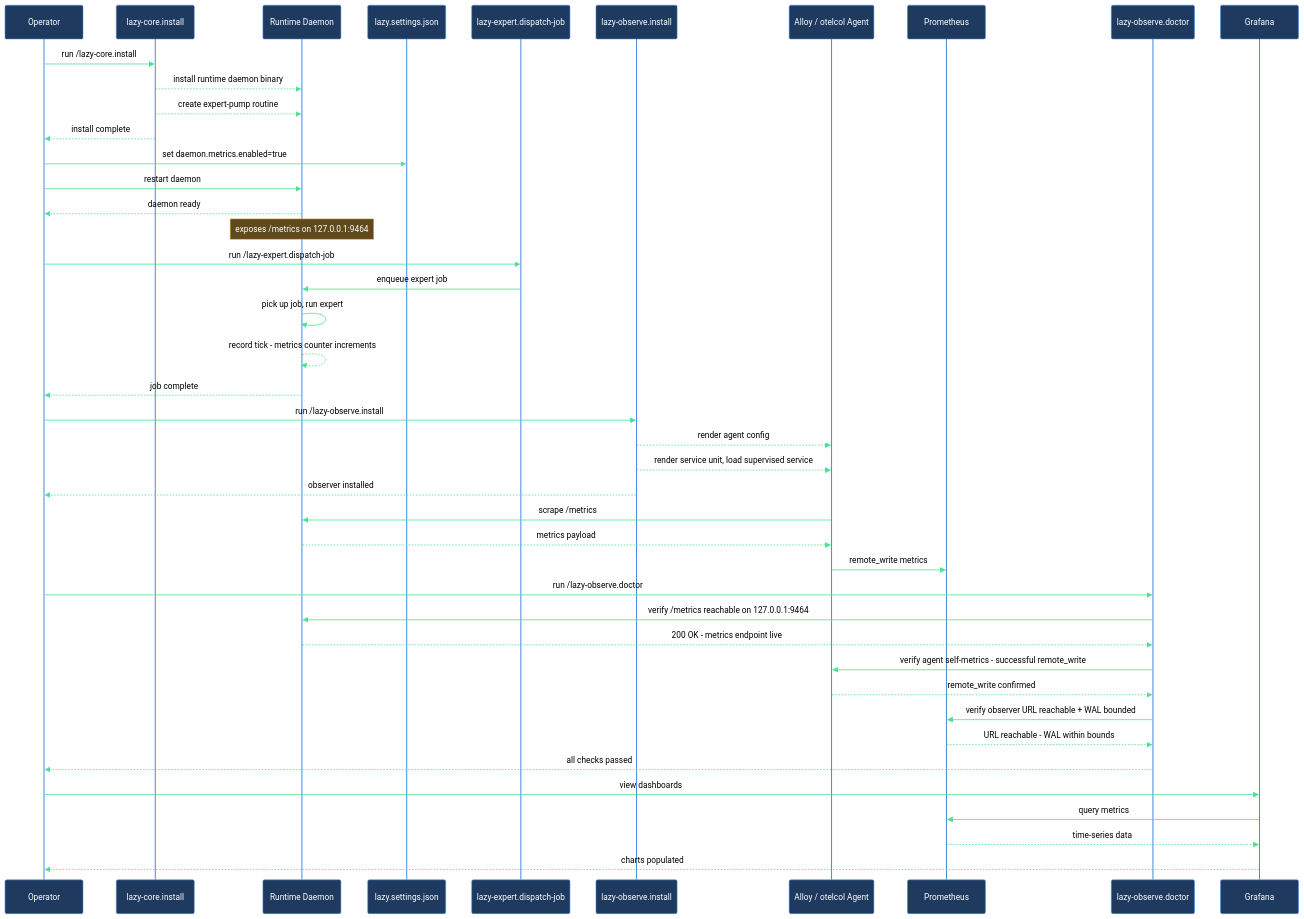
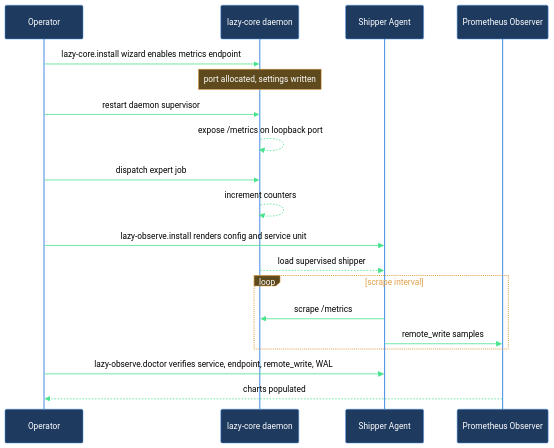
Before and after one commit to mebius-san/lazy-cortex: the diagram in claude/lazycortex-observe/help/walkthroughs/ship-metrics-end-to-end.md, drawn with Mermaid. The commit also changed other lines of this file and 65 other files, not shown here.

First line of the commit message:
release core 5.12.0, observe 0.4.0, specs 3.1.0, experts 0.6.0

````diff
--- a/claude/lazycortex-observe/help/walkthroughs/ship-metrics-end-to-end.md
+++ b/claude/lazycortex-observe/help/walkthroughs/ship-metrics-end-to-end.md
@@ -93,53 +79,23 @@
 ```mermaid
 %%{init: {'themeVariables':{'background':'transparent','primaryColor':'#1e3a5f','primaryBorderColor':'#4a90e2','primaryTextColor':'#fff','lineColor':'#4ae290','actorBkg':'#1e3a5f','actorBorder':'#4a90e2','actorTextColor':'#fff','actorLineColor':'#4a90e2','signalColor':'#4ae290','signalTextColor':'#000','noteBkgColor':'#5f4a1e','noteBorderColor':'#e2a14a','noteTextColor':'#fff','labelBoxBkgColor':'#5f4a1e','labelBoxBorderColor':'#e2a14a','labelTextColor':'#fff','loopTextColor':'#e2a14a'},'sequence':{'diagramPadding':5,'useMaxWidth':true}}}%%
 sequenceDiagram
-  participant op as Operator
-  participant install as lazy-core.install
-  participant daemon as Runtime Daemon
-  participant settings as lazy.settings.json
-  participant expertDispatch as lazy-expert.dispatch-job
-  participant observeInstall as lazy-observe.install
-  participant agent as Alloy / otelcol Agent
-  participant prometheus as Prometheus
-  participant doctor as lazy-observe.doctor
-  participant grafana as Grafana
+  participant operator as Operator
+  participant lazyCoreDaemon as lazy-core daemon
+  participant shipperAgent as Shipper Agent
+  participant prometheusObserver as Prometheus Observer
 
-  op->>install: run /lazy-core.install
-  install-->>daemon: install runtime daemon binary
-  install-->>daemon: create expert-pump routine
-  install-->>op: install complete
-
-  op->>settings: set daemon.metrics.enabled=true
-  op->>daemon: restart daemon
-  daemon-->>op: daemon ready
-  Note over daemon: exposes /metrics on 127.0.0.1:9464
-
-  op->>expertDispatch: run /lazy-expert.dispatch-job
-  expertDispatch->>daemon: enqueue expert job
-  daemon->>daemon: pick up job, run expert
-  daemon-->>daemon: record tick - metrics counter increments
-  daemon-->>op: job complete
-
-  op->>observeInstall: run /lazy-observe.install
-  observeInstall-->>agent: render agent config
-  observeInstall-->>agent: render service unit, load supervised service
-  observeInstall-->>op: observer installed
-
-  agent->>daemon: scrape /metrics
-  daemon-->>agent: metrics payload
-  agent->>prometheus: remote_write metrics
-
-  op->>doctor: run /lazy-observe.doctor
-  doctor->>daemon: verify /metrics reachable on 127.0.0.1:9464
-  daemon-->>doctor: 200 OK - metrics endpoint live
-  doctor->>agent: verify agent self-metrics - successful remote_write
-  agent-->>doctor: remote_write confirmed
-  doctor->>prometheus: verify observer URL reachable + WAL bounded
-  prometheus-->>doctor: URL reachable - WAL within bounds
-  doctor-->>op: all checks passed
-
-  op->>grafana: view dashboards
-  grafana->>prometheus: query metrics
-  prometheus-->>grafana: time-series data
-  grafana-->>op: charts populated
+  operator->>lazyCoreDaemon: lazy-core.install wizard enables metrics endpoint
+  Note over lazyCoreDaemon: port allocated, settings written
+  operator->>lazyCoreDaemon: restart daemon supervisor
+  lazyCoreDaemon-->>lazyCoreDaemon: expose /metrics on loopback port
+  operator->>lazyCoreDaemon: dispatch expert job
+  lazyCoreDaemon-->>lazyCoreDaemon: increment counters
+  operator->>shipperAgent: lazy-observe.install renders config and service unit
+  lazyCoreDaemon-->>shipperAgent: load supervised shipper
+  loop scrape interval
+    shipperAgent->>lazyCoreDaemon: scrape /metrics
+    shipperAgent->>prometheusObserver: remote_write samples
+  end
+  operator->>shipperAgent: lazy-observe.doctor verifies service, endpoint, remote_write, WAL
+  prometheusObserver-->>operator: charts populated
 ```
````
